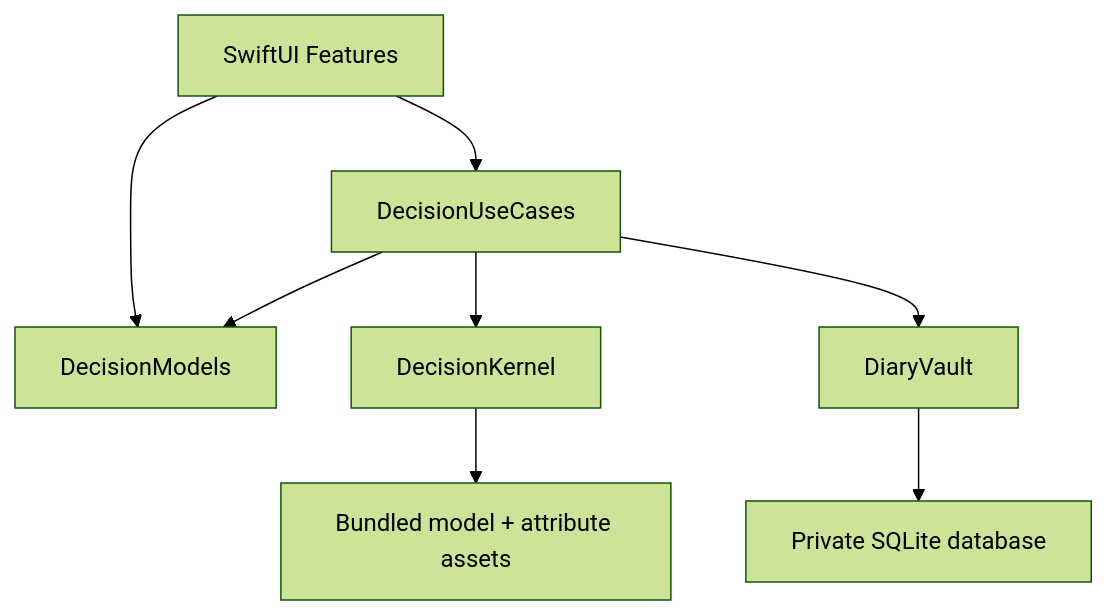
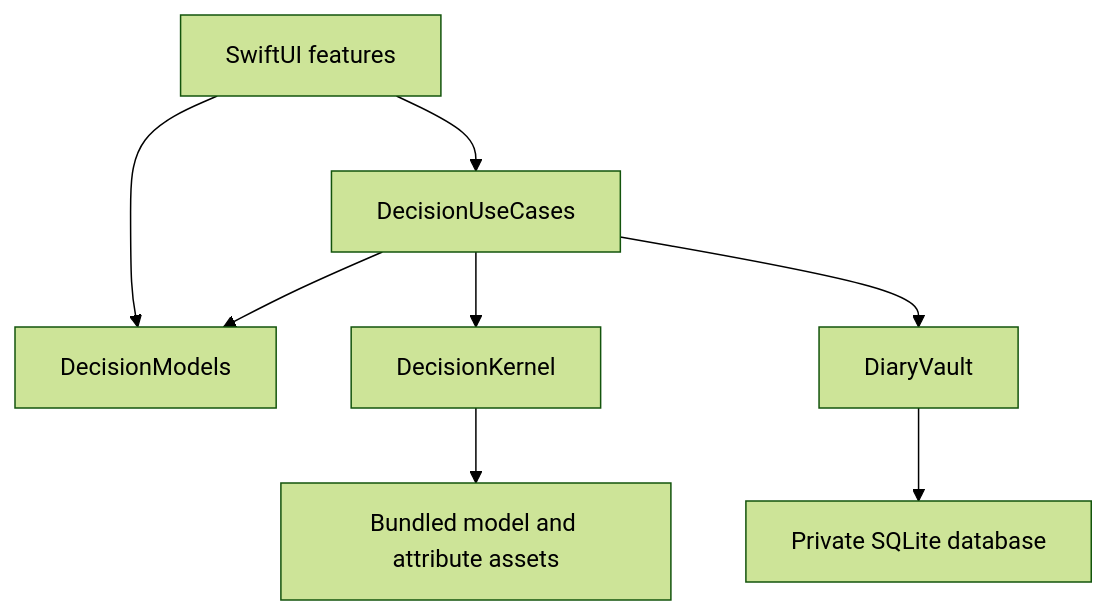
The second of 2 diagrams in README.md (sarrumkin/dilemma), drawn with Mermaid (forest theme) before and after one commit. The commit also changed other lines of this file and 5 other files, not shown here.

````diff
--- a/README.md
+++ b/README.md
@@ -88,10 +89,10 @@
 ```mermaid
 flowchart TD
-    UI["SwiftUI Features"] --> UC["DecisionUseCases"]
+    UI["SwiftUI features"] --> UC["DecisionUseCases"]
     UI --> DM["DecisionModels"]
     UC --> DM
     UC --> DK["DecisionKernel"]
     UC --> DV["DiaryVault"]
-    DK --> ASSETS["Bundled model + attribute assets"]
+    DK --> ASSETS["Bundled model and attribute assets"]
     DV --> DB["Private SQLite database"]
 ```
````
